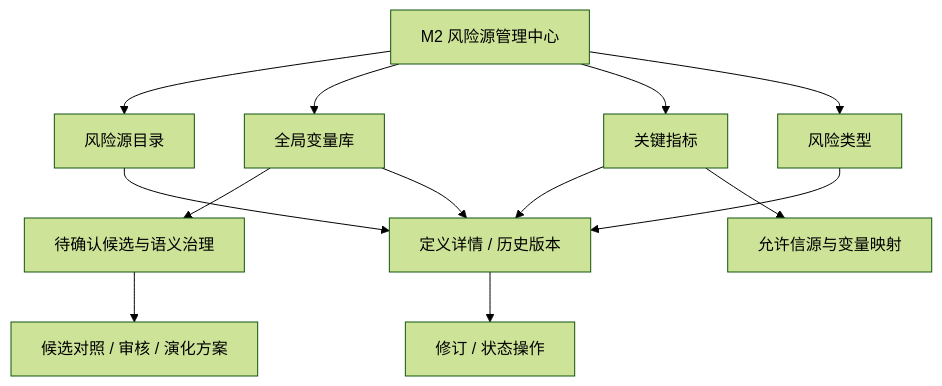
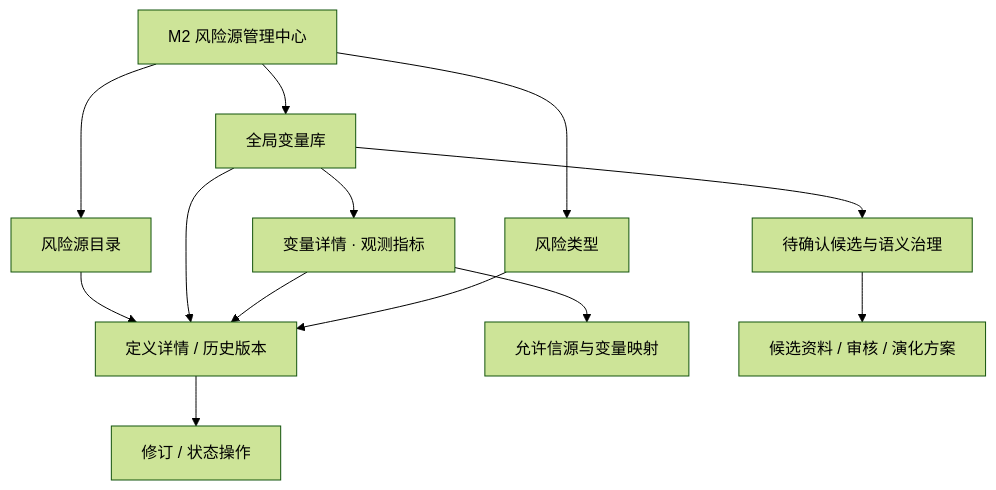
One commit to caojingwen1996/obsidian_kb changed the seventh of 7 diagrams in tools/RiskHot/docs/system-design/03-系统功能架构/M2风险源管理中心功能设计.md. Above: the diagram before and after it, drawn with Mermaid (forest theme). The commit also changed other lines of this file and 947 other files, not shown here.

````diff
--- a/tools/RiskHot/docs/system-design/03-系统功能架构/M2风险源管理中心功能设计.md
+++ b/tools/RiskHot/docs/system-design/03-系统功能架构/M2风险源管理中心功能设计.md
@@ -489,15 +487,15 @@
 ```mermaid
 flowchart TB
     P[M2 风险源管理中心] --> A[风险源目录]
     P --> B[全局变量库]
-    P --> C[关键指标]
+    B --> C[变量详情 · 观测指标]
     P --> D[风险类型]
     B --> E[待确认候选与语义治理]
     A --> G[定义详情 / 历史版本]
     B --> G
     C --> G
     D --> G
     C --> I[允许信源与变量映射]
-    E --> J[候选对照 / 审核 / 演化方案]
+    E --> J[候选资料 / 审核 / 演化方案]
     G --> K[修订 / 状态操作]
 ```
````
